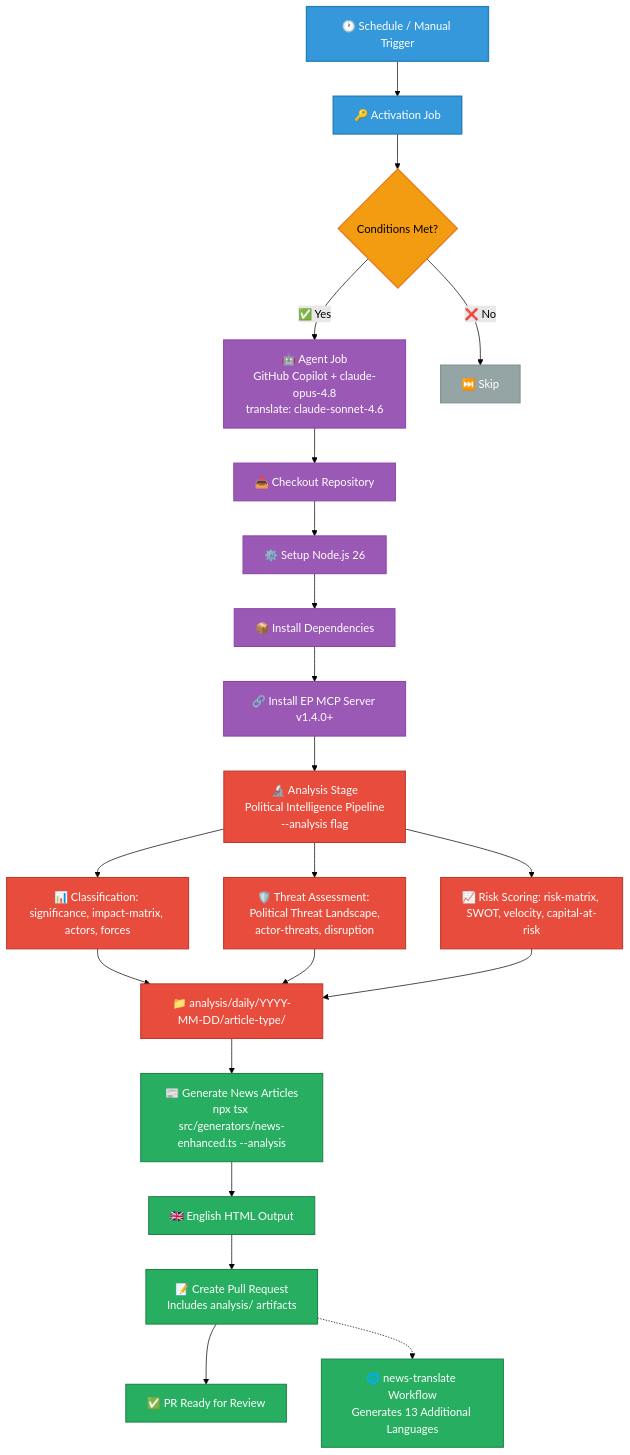
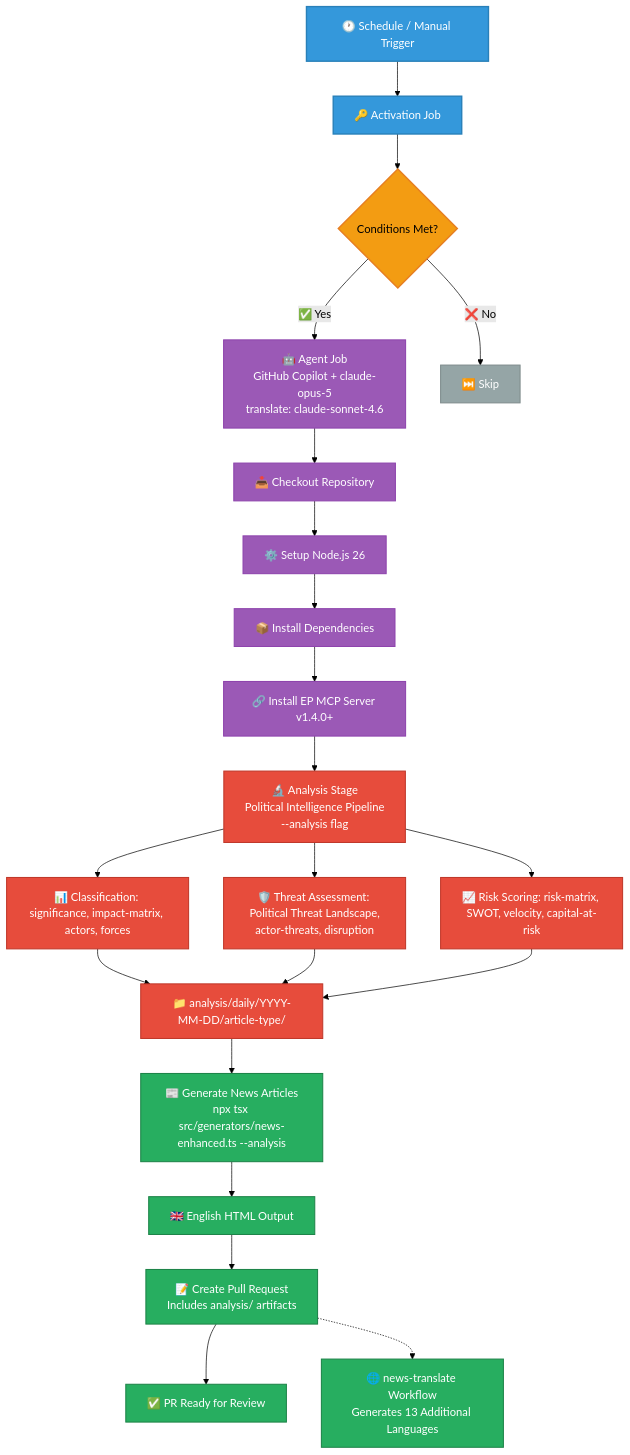
One commit to Hack23/euparliamentmonitor changed the third of 23 diagrams in WORKFLOWS.md. Above: the diagram before and after it, drawn with Mermaid (forest theme). The commit also changed other lines of this file and 91 other files, not shown here.

First line of the commit message:
Update GitHub Actions workflows to use Opus 5 (#2690)

````diff
--- a/WORKFLOWS.md
+++ b/WORKFLOWS.md
@@ -276,37 +276,37 @@
 ```mermaid
 graph TD
     A[🕐 Schedule / Manual Trigger] --> B[🔑 Activation Job]
     B --> C{Conditions Met?}
-    C -->|✅ Yes| D[🤖 Agent Job<br/>GitHub Copilot + claude-opus-4.8<br/>translate: claude-sonnet-4.6]
+    C -->|✅ Yes| D[🤖 Agent Job<br/>GitHub Copilot + claude-opus-5<br/>translate: claude-sonnet-4.6]
     C -->|❌ No| E[⏭️ Skip]
     D --> F[📥 Checkout Repository]
     F --> G[⚙️ Setup Node.js 26]
     G --> H[📦 Install Dependencies]
     H --> I[🔗 Install EP MCP Server v1.4.0+]
     I --> J1[🔬 Analysis Stage<br/>Political Intelligence Pipeline<br/>--analysis flag]
     J1 --> J1a[📊 Classification: significance, impact-matrix, actors, forces]
     J1 --> J1b[🛡️ Threat Assessment: Political Threat Landscape,<br/>actor-threats, disruption]
     J1 --> J1c[📈 Risk Scoring: risk-matrix, SWOT, velocity, capital-at-risk]
     J1a --> J1d["📁 analysis/daily/YYYY-MM-DD/article-type/"]
     J1b --> J1d
     J1c --> J1d
     J1d --> J[📰 Generate News Articles<br/>npx tsx src/generators/news-enhanced.ts --analysis]
     J --> K[🇬🇧 English HTML Output]
     K --> L[📝 Create Pull Request<br/>Includes analysis/ artifacts]
     L --> M[✅ PR Ready for Review]
     L -.-> N[🌐 news-translate Workflow<br/>Generates 13 Additional Languages]
 
     classDef trigger fill:#3498db,stroke:#2980b9,stroke-width:2px,color:white
     classDef process fill:#9b59b6,stroke:#8e44ad,stroke-width:1.5px,color:white
     classDef decision fill:#f39c12,stroke:#e67e22,stroke-width:2px,color:black
     classDef skip fill:#95a5a6,stroke:#7f8c8d,stroke-width:1.5px,color:white
     classDef analysis fill:#e74c3c,stroke:#c0392b,stroke-width:1.5px,color:white
     classDef output fill:#27ae60,stroke:#1e8449,stroke-width:1.5px,color:white
 
     class A,B trigger
     class D,F,G,H,I process
     class C decision
     class E skip
     class J1,J1a,J1b,J1c,J1d analysis
     class J,K,L,M,N output
 ```
````
